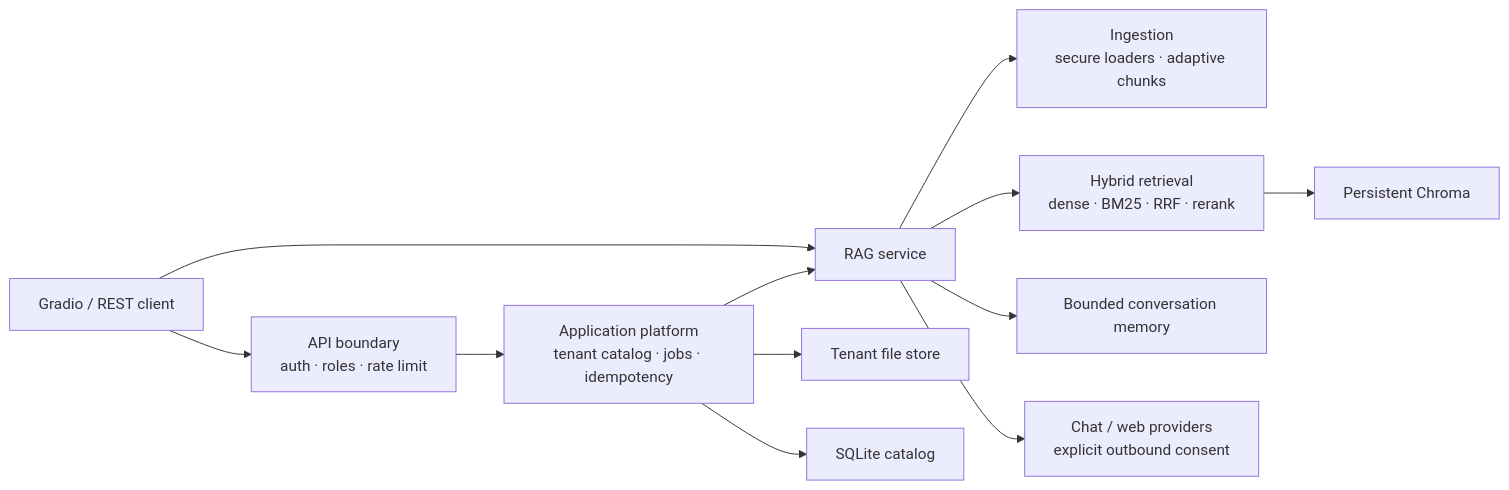
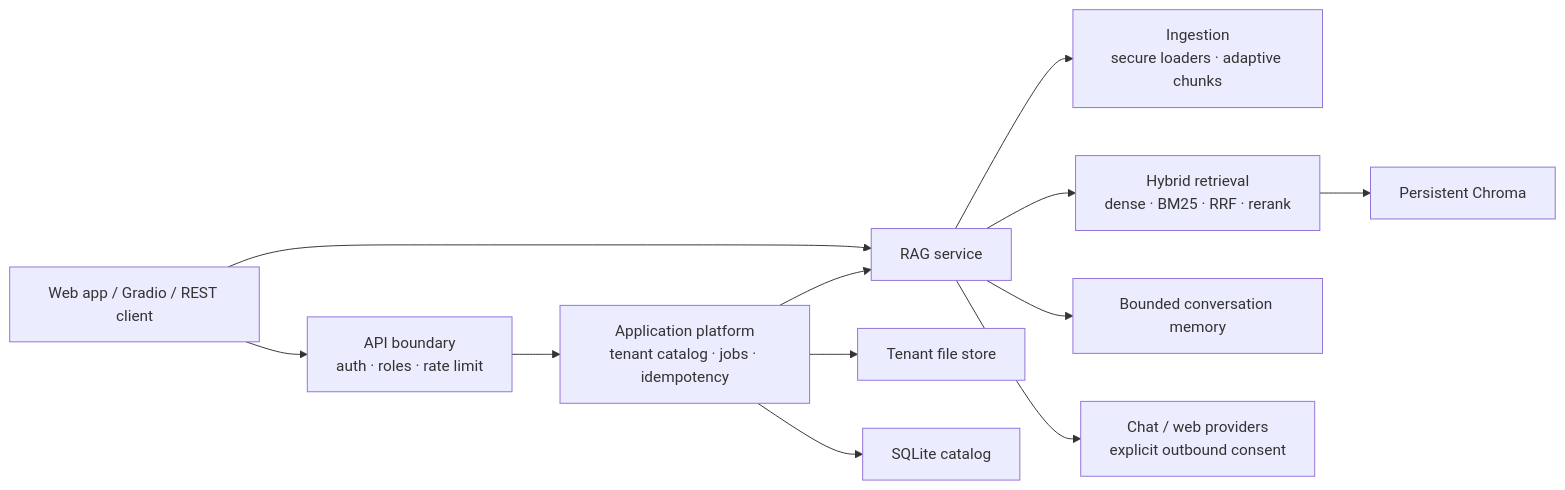
The diagram in README.md (XWsight/RAG-Search-System), drawn with Mermaid before and after one commit. The commit also changed other lines of this file and 10 other files, not shown here.

````diff
--- a/README.md
+++ b/README.md
@@ -27,14 +30,14 @@
 ```mermaid
 flowchart LR
-    C["Gradio / REST client"] --> A["API boundary\nauth · roles · rate limit"]
+    C["Web app / Gradio / REST client"] --> A["API boundary\nauth · roles · rate limit"]
     A --> P["Application platform\ntenant catalog · jobs · idempotency"]
     C --> S["RAG service"]
     P --> S
     P --> F["Tenant file store"]
     P --> Q["SQLite catalog"]
     S --> I["Ingestion\nsecure loaders · adaptive chunks"]
     S --> R["Hybrid retrieval\ndense · BM25 · RRF · rerank"]
     R --> V["Persistent Chroma"]
     S --> M["Bounded conversation memory"]
     S --> Z["Chat / web providers\nexplicit outbound consent"]
 ```
````
